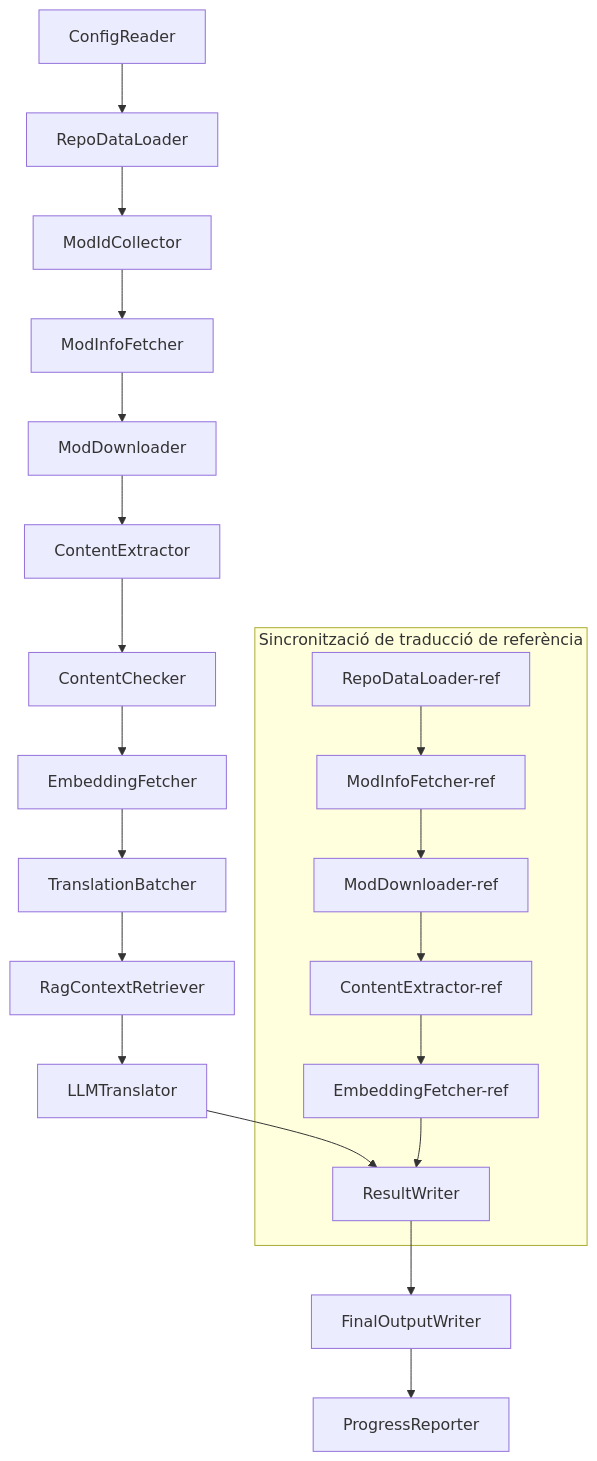
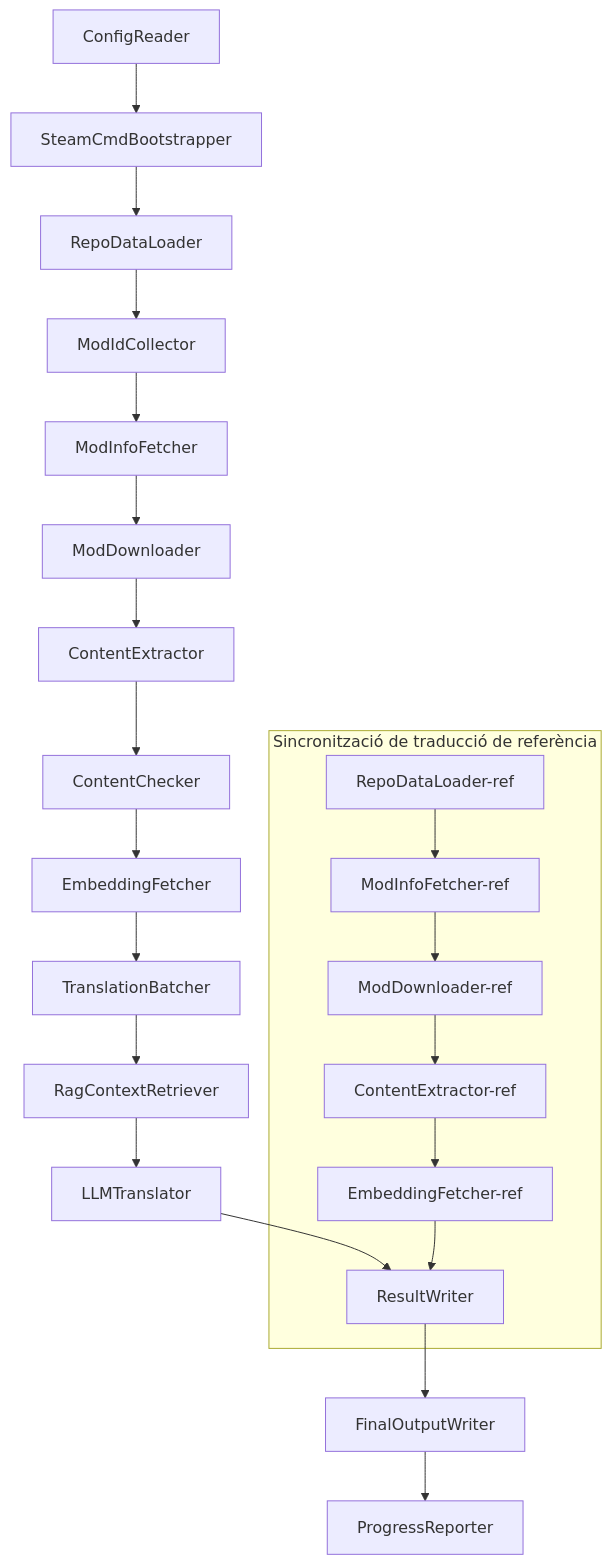
The diagram in docs/technical_reference/technical_reference_ca.md (PZProjectBabel/project_babel), drawn with Mermaid before and after one commit. The commit also changed other lines of this file and 79 other files, not shown here.

````diff
--- a/docs/technical_reference/technical_reference_ca.md
+++ b/docs/technical_reference/technical_reference_ca.md
@@ -96,24 +125,25 @@
 ```mermaid
 flowchart TD
-    A[ConfigReader] --> B[RepoDataLoader]
-    B --> C[ModIdCollector]
-    C --> D[ModInfoFetcher]
-    D --> E[ModDownloader]
-    E --> F[ContentExtractor]
-    F --> G[ContentChecker]
-    G --> H[EmbeddingFetcher]
-    H --> I[TranslationBatcher]
-    I --> J[RagContextRetriever]
-    J --> K[LLMTranslator]
-    K --> L[ResultWriter]
-    L --> M[FinalOutputWriter]
-    M --> N[ProgressReporter]
+  A[ConfigReader] --> B[SteamCmdBootstrapper]
+  B --> C[RepoDataLoader]
+  C --> D[ModIdCollector]
+  D --> E[ModInfoFetcher]
+  E --> F[ModDownloader]
+  F --> G[ContentExtractor]
+  G --> H[ContentChecker]
+  H --> I[EmbeddingFetcher]
+  I --> J[TranslationBatcher]
+  J --> K[RagContextRetriever]
+  K --> L[LLMTranslator]
+  L --> M[ResultWriter]
+  M --> N[FinalOutputWriter]
+  N --> O[ProgressReporter]
 
-    subgraph Sincronització de traducció de referència
-        B2[RepoDataLoader-ref] --> D2[ModInfoFetcher-ref]
-        D2 --> E2[ModDownloader-ref]
-        E2 --> F2[ContentExtractor-ref]
-        F2 --> H2[EmbeddingFetcher-ref]
-        H2 --> L
+subgraph Sincronització de traducció de referència
+        C2[RepoDataLoader-ref] --> E2[ModInfoFetcher-ref]
+        E2 --> F2[ModDownloader-ref]
+        F2 --> G2[ContentExtractor-ref]
+        G2 --> I2[EmbeddingFetcher-ref]
+        I2 --> M
     end
 ```
````
